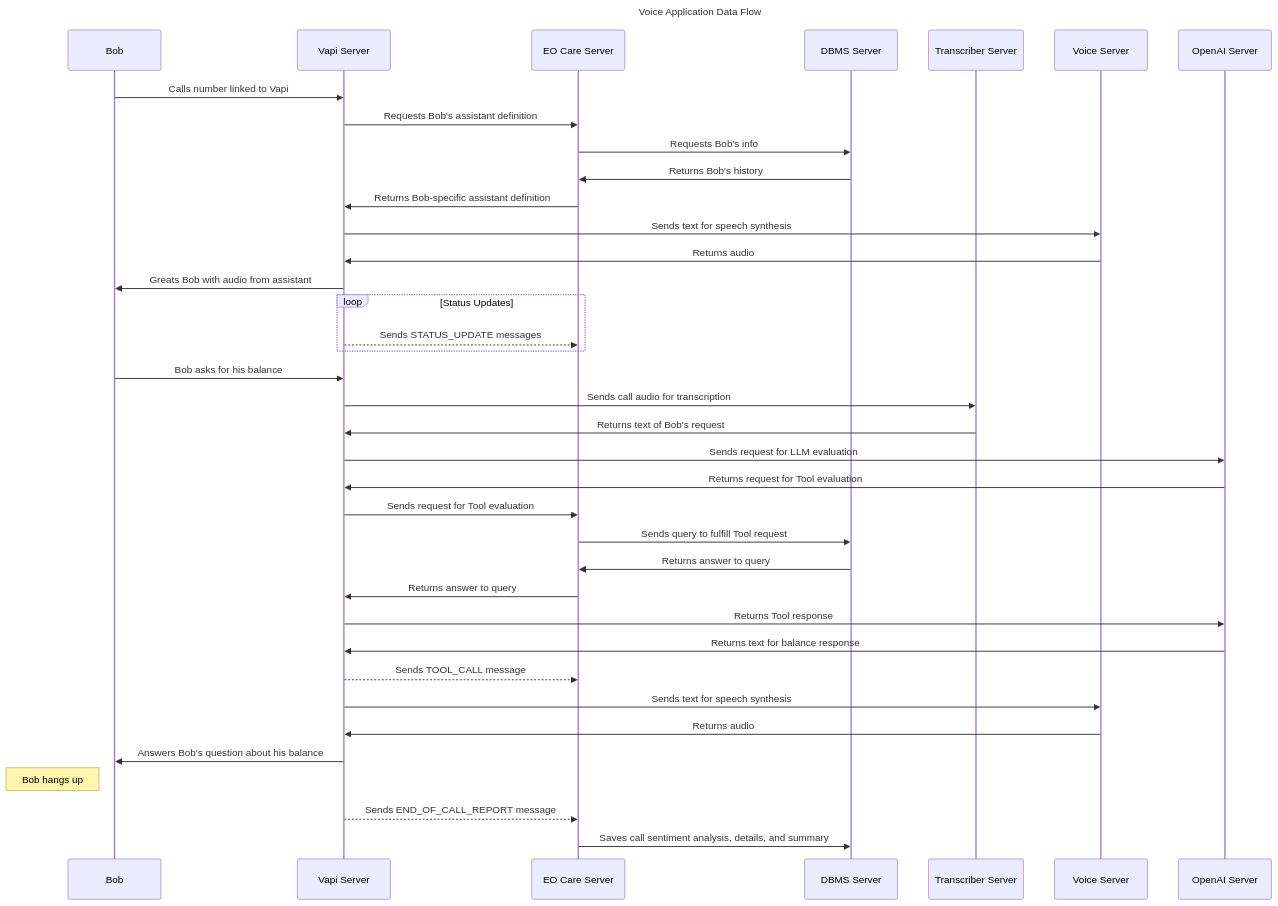
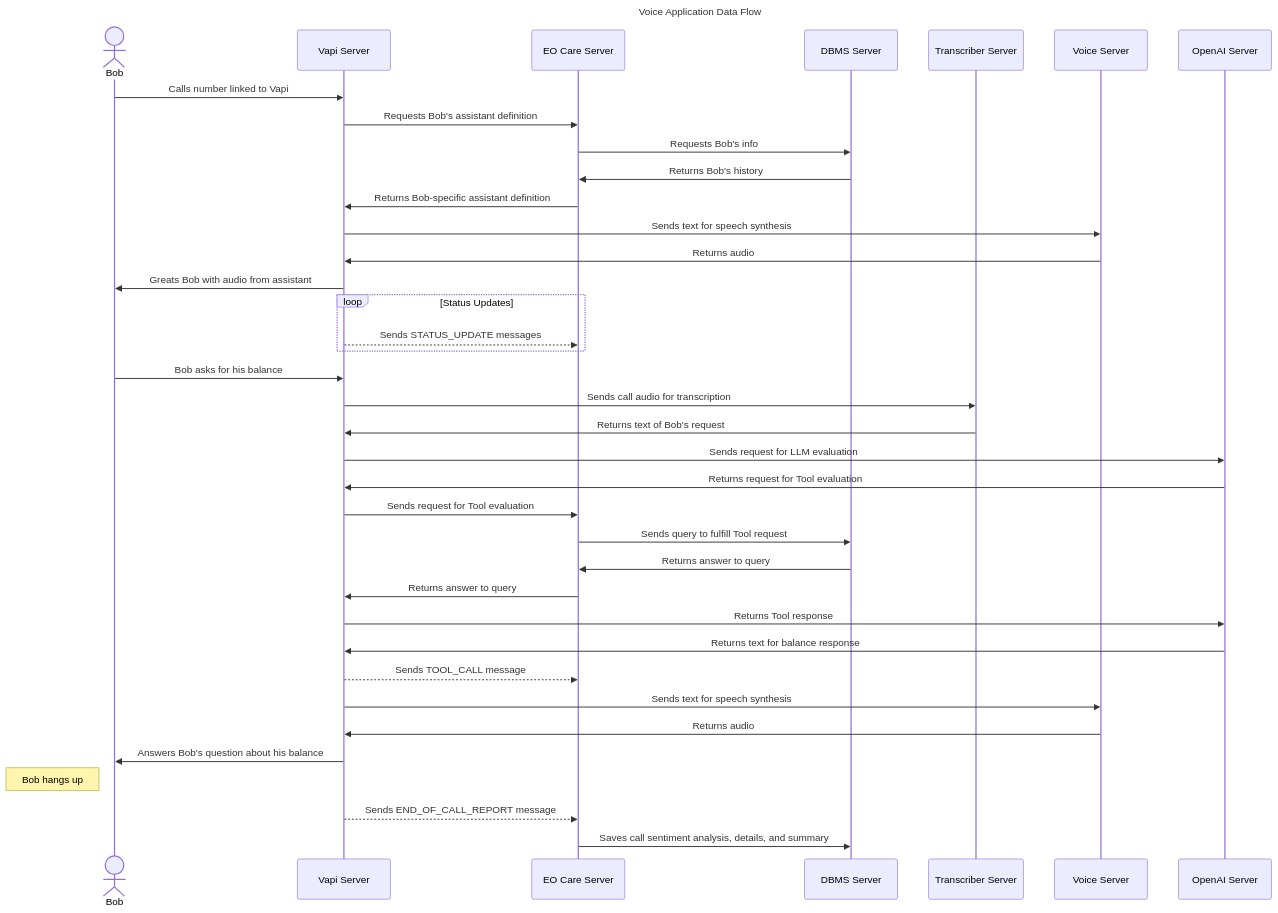
The diagram in docs/Call-Flow.mmd (mattbobambrose/vapi4k), drawn with Mermaid before and after one commit.

Commit message:
Update call flow diagram

```diff
--- a/docs/Call-Flow.mmd
+++ b/docs/Call-Flow.mmd
@@ -1,41 +1,40 @@
 sequenceDiagram
     title Voice Application Data Flow
-
-    participant Bob
-    participant Vapi Server
-    participant EO Care Server
-    participant DBMS Server
-    participant Transcriber Server
-    participant Voice Server
-    participant OpenAI Server
-    Bob ->> Vapi Server: Calls number linked to Vapi
-    Vapi Server ->> EO Care Server: Requests Bob's assistant definition
-    EO Care Server ->> DBMS Server: Requests Bob's info
-    DBMS Server ->> EO Care Server: Returns Bob's history
-    EO Care Server ->> Vapi Server: Returns Bob-specific assistant definition
-    Vapi Server ->> Voice Server: Sends text for speech synthesis
-    Voice Server ->> Vapi Server: Returns audio
-    Vapi Server ->> Bob: Greats Bob with audio from assistant
+    actor Bob
+    participant vapi as Vapi Server
+    participant eocare as EO Care Server
+    participant dbms as DBMS Server
+    participant transcriber as Transcriber Server
+    participant voice as Voice Server
+    participant openai as OpenAI Server
+    Bob ->> vapi: Calls number linked to Vapi
+    vapi ->> eocare: Requests Bob's assistant definition
+    eocare ->> dbms: Requests Bob's info
+    dbms ->> eocare: Returns Bob's history
+    eocare ->> vapi: Returns Bob-specific assistant definition
+    vapi ->> voice: Sends text for speech synthesis
+    voice ->> vapi: Returns audio
+    vapi ->> Bob: Greats Bob with audio from assistant
 
     loop Status Updates
-        Vapi Server -->> EO Care Server: Sends STATUS_UPDATE messages
+        vapi -->> eocare: Sends STATUS_UPDATE messages
     end
 
-    Bob ->> Vapi Server: Bob asks for his balance
-    Vapi Server ->> Transcriber Server: Sends call audio for transcription
-    Transcriber Server ->> Vapi Server: Returns text of Bob's request
-    Vapi Server ->> OpenAI Server: Sends request for LLM evaluation
-    OpenAI Server ->> Vapi Server: Returns request for Tool evaluation
-    Vapi Server ->> EO Care Server: Sends request for Tool evaluation
-    EO Care Server ->> DBMS Server: Sends query to fulfill Tool request
-    DBMS Server ->> EO Care Server: Returns answer to query
-    EO Care Server ->> Vapi Server: Returns answer to query
-    Vapi Server ->> OpenAI Server: Returns Tool response
-    OpenAI Server ->> Vapi Server: Returns text for balance response
-    Vapi Server -->> EO Care Server: Sends TOOL_CALL message
-    Vapi Server ->> Voice Server: Sends text for speech synthesis
-    Voice Server ->> Vapi Server: Returns audio
-    Vapi Server ->> Bob: Answers Bob's question about his balance
+    Bob ->> vapi: Bob asks for his balance
+    vapi ->> transcriber: Sends call audio for transcription
+    transcriber ->> vapi: Returns text of Bob's request
+    vapi ->> openai: Sends request for LLM evaluation
+    openai ->> vapi: Returns request for Tool evaluation
+    vapi ->> eocare: Sends request for Tool evaluation
+    eocare ->> dbms: Sends query to fulfill Tool request
+    dbms ->> eocare: Returns answer to query
+    eocare ->> vapi: Returns answer to query
+    vapi ->> openai: Returns Tool response
+    openai ->> vapi: Returns text for balance response
+    vapi -->> eocare: Sends TOOL_CALL message
+    vapi ->> voice: Sends text for speech synthesis
+    voice ->> vapi: Returns audio
+    vapi ->> Bob: Answers Bob's question about his balance
     Note left of Bob: Bob hangs up
-    Vapi Server -->> EO Care Server: Sends END_OF_CALL_REPORT message
-    EO Care Server ->> DBMS Server: Saves call sentiment analysis, details, and summary
+    vapi -->> eocare: Sends END_OF_CALL_REPORT message
+    eocare ->> dbms: Saves call sentiment analysis, details, and summary
```
